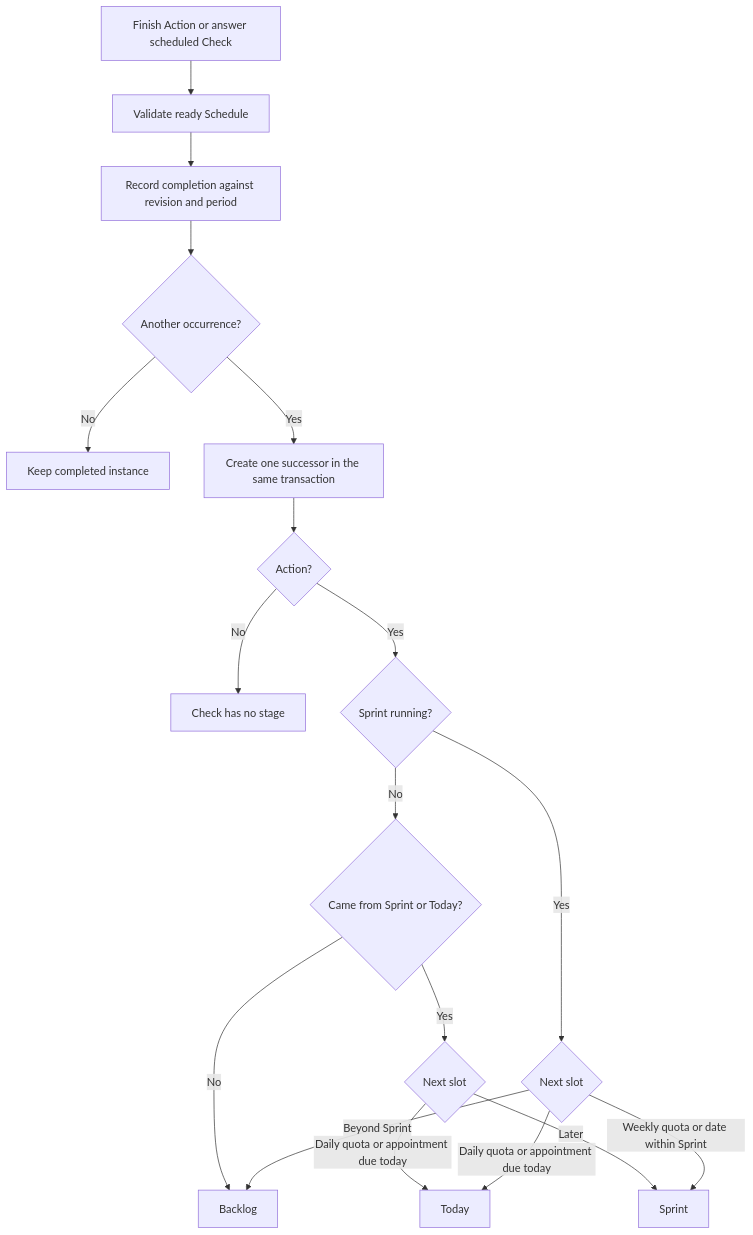
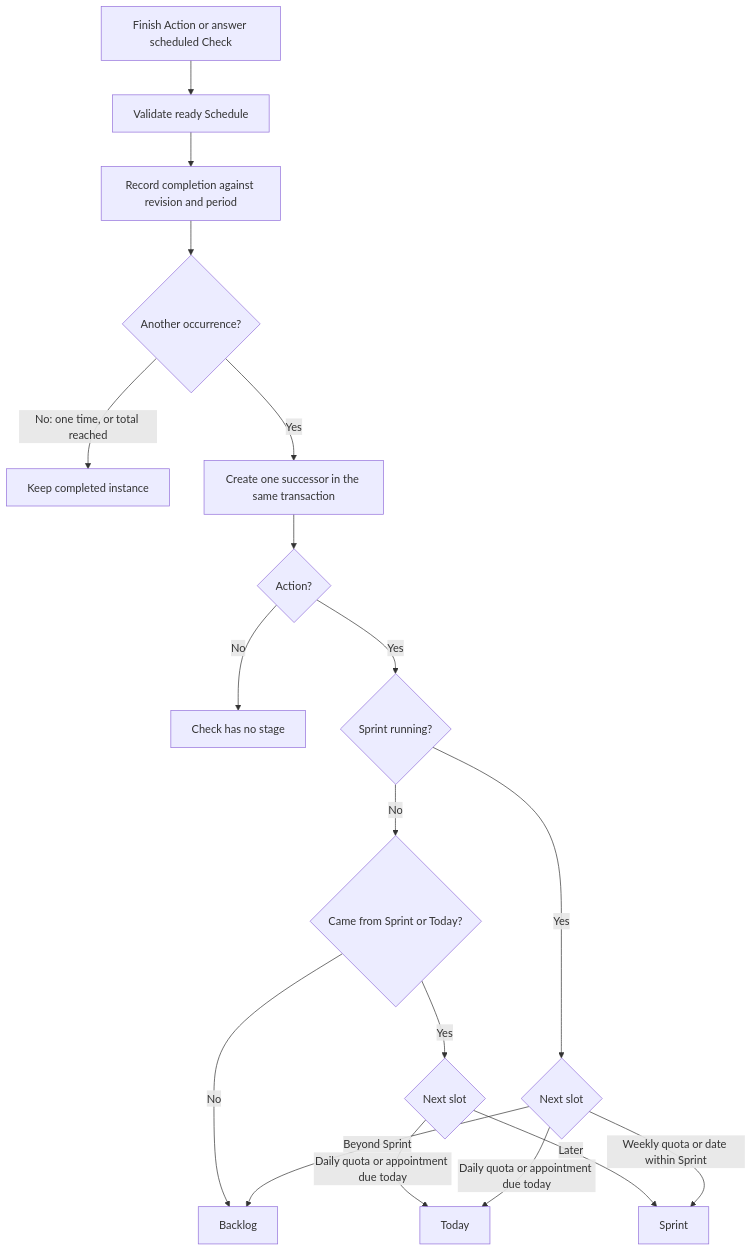
Before and after one commit to myvaheed/tg-ai-safwa: the second of 3 diagrams in docs/SCHEDULES.md, drawn with Mermaid. The commit also changed other lines of this file and 39 other files, not shown here.

````diff
--- a/docs/SCHEDULES.md
+++ b/docs/SCHEDULES.md
@@ -70,20 +84,20 @@
 ```mermaid
 flowchart TD
     A[Finish Action or answer scheduled Check] --> B[Validate ready Schedule]
     B --> C[Record completion against revision and period]
     C --> D{Another occurrence?}
-    D -->|No| E[Keep completed instance]
+    D -->|No: one time, or total reached| E[Keep completed instance]
     D -->|Yes| F[Create one successor in the same transaction]
     F --> G{Action?}
     G -->|No| H[Check has no stage]
     G -->|Yes| I{Sprint running?}
     I -->|No| P{Came from Sprint or Today?}
     P -->|No| B2[Backlog]
     P -->|Yes| Q{Next slot}
     Q -->|Daily quota or appointment due today| T
     Q -->|Later| K[Sprint]
     I -->|Yes| J{Next slot}
     J -->|Daily quota or appointment due today| T[Today]
     J -->|Weekly quota or date within Sprint| K
     J -->|Beyond Sprint| B2
 ```
````
